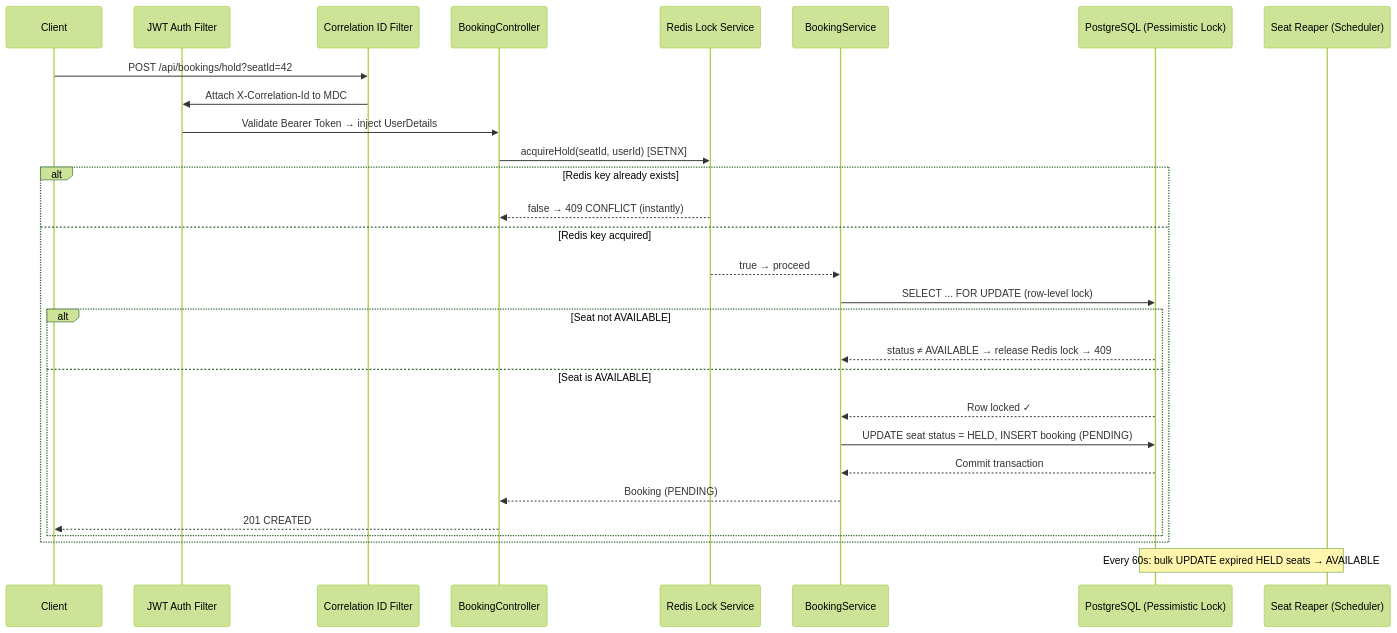
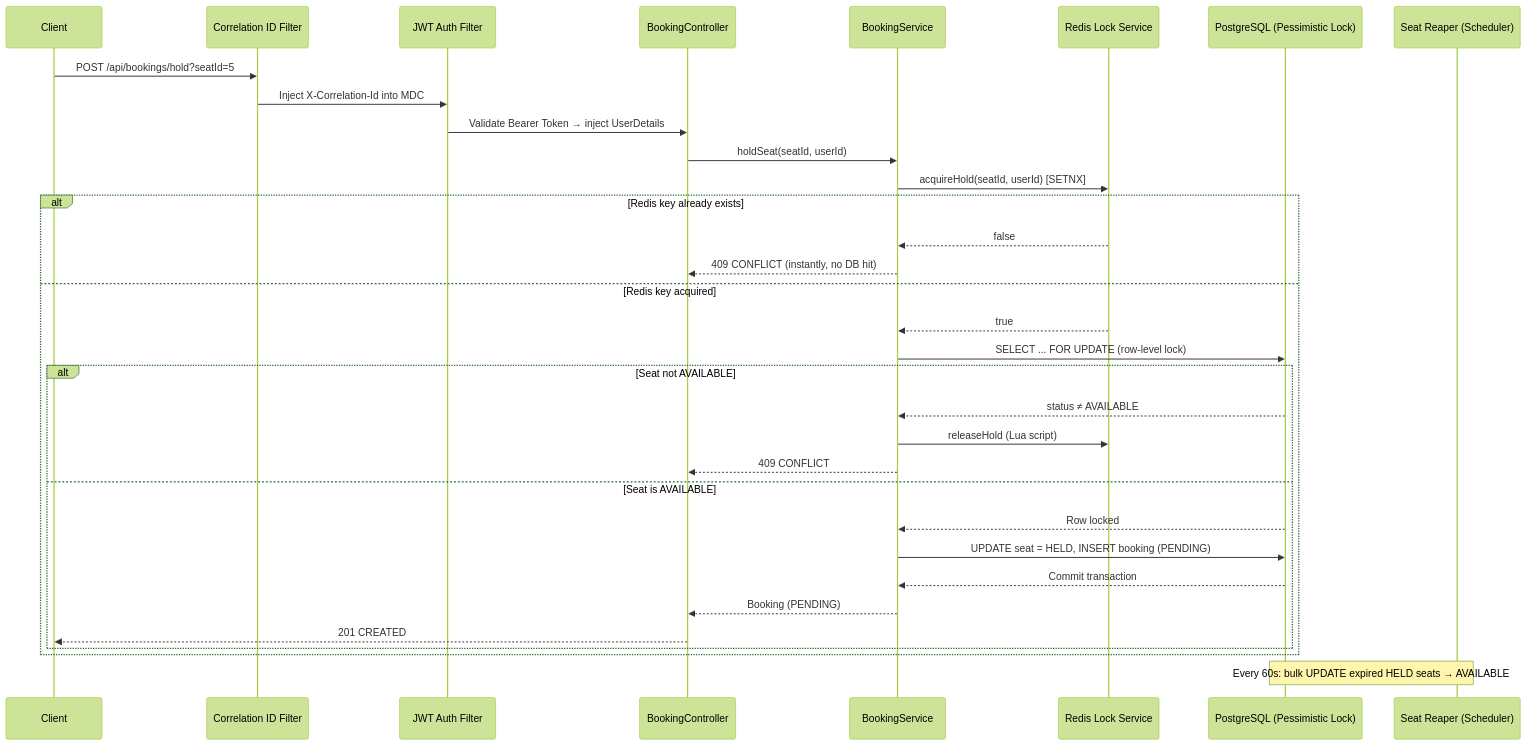
Before and after one commit to BarathJogi/High-Concurrency-Event-Ticketing-API: the first of 5 diagrams in README.md, drawn with Mermaid (forest theme). The commit also changed other lines of this file, not shown here.

````diff
--- a/README.md
+++ b/README.md
@@ -26,33 +32,37 @@
 ```mermaid
 sequenceDiagram
     participant Client
+    participant CorrelationFilter as Correlation ID Filter
     participant JWTFilter as JWT Auth Filter
-    participant CorrelationFilter as Correlation ID Filter
     participant BookingController
+    participant BookingService
     participant RedisLock as Redis Lock Service
-    participant BookingService
     participant Postgres as PostgreSQL (Pessimistic Lock)
     participant SeatReaper as Seat Reaper (Scheduler)
 
-    Client->>CorrelationFilter: POST /api/bookings/hold?seatId=42
-    CorrelationFilter->>JWTFilter: Attach X-Correlation-Id to MDC
+    Client->>CorrelationFilter: POST /api/bookings/hold?seatId=5
+    CorrelationFilter->>JWTFilter: Inject X-Correlation-Id into MDC
     JWTFilter->>BookingController: Validate Bearer Token → inject UserDetails
-    BookingController->>RedisLock: acquireHold(seatId, userId) [SETNX]
+    BookingController->>BookingService: holdSeat(seatId, userId)
+    BookingService->>RedisLock: acquireHold(seatId, userId) [SETNX]
     alt Redis key already exists
-        RedisLock-->>BookingController: false → 409 CONFLICT (instantly)
+        RedisLock-->>BookingService: false
+        BookingService-->>BookingController: 409 CONFLICT (instantly, no DB hit)
     else Redis key acquired
-        RedisLock-->>BookingService: true → proceed
+        RedisLock-->>BookingService: true
         BookingService->>Postgres: SELECT ... FOR UPDATE (row-level lock)
         alt Seat not AVAILABLE
-            Postgres-->>BookingService: status ≠ AVAILABLE → release Redis lock → 409
+            Postgres-->>BookingService: status ≠ AVAILABLE
+            BookingService->>RedisLock: releaseHold (Lua script)
+            BookingService-->>BookingController: 409 CONFLICT
         else Seat is AVAILABLE
-            Postgres-->>BookingService: Row locked ✓
-            BookingService->>Postgres: UPDATE seat status = HELD, INSERT booking (PENDING)
+            Postgres-->>BookingService: Row locked
+            BookingService->>Postgres: UPDATE seat = HELD, INSERT booking (PENDING)
             Postgres-->>BookingService: Commit transaction
             BookingService-->>BookingController: Booking (PENDING)
             BookingController-->>Client: 201 CREATED
         end
     end
 
     Note over SeatReaper,Postgres: Every 60s: bulk UPDATE expired HELD seats → AVAILABLE
 ```
````
